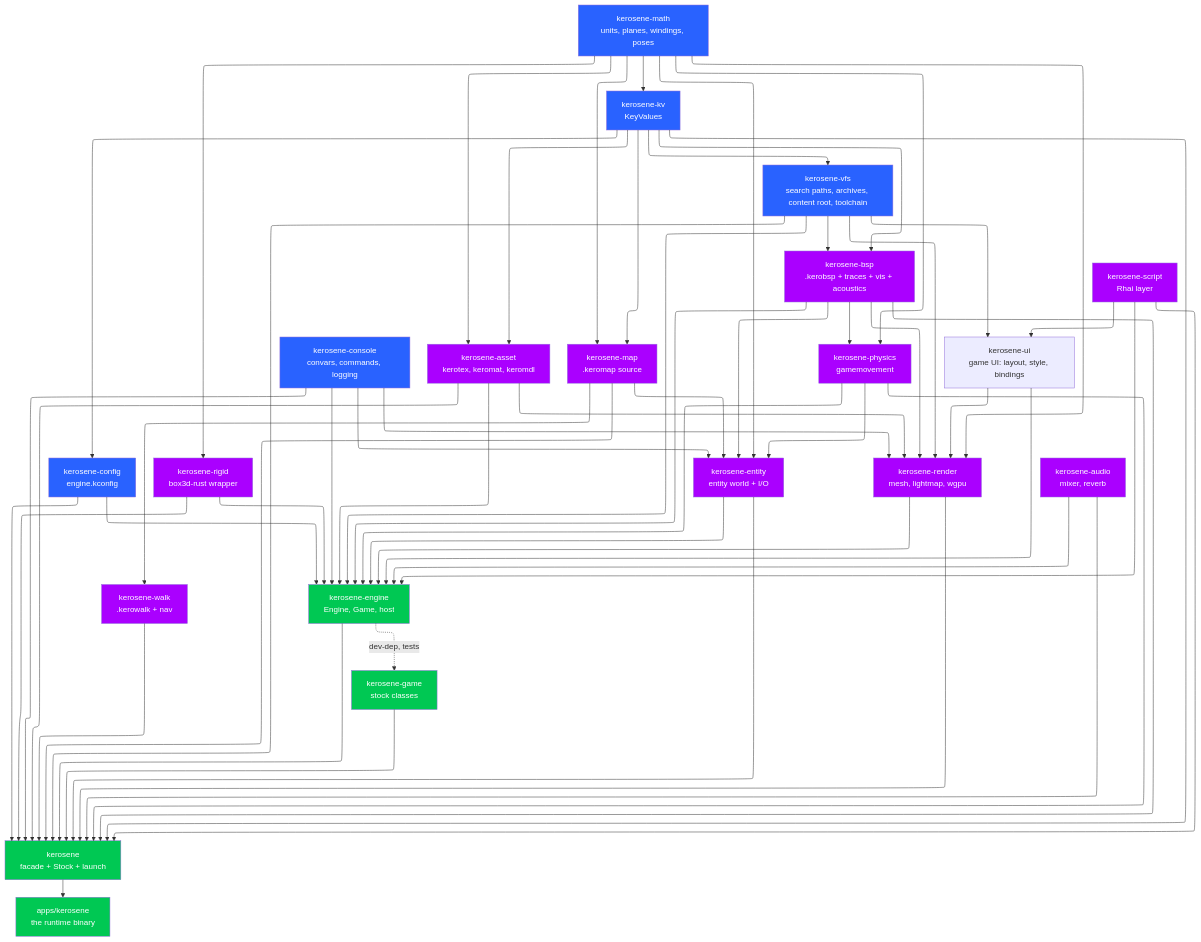
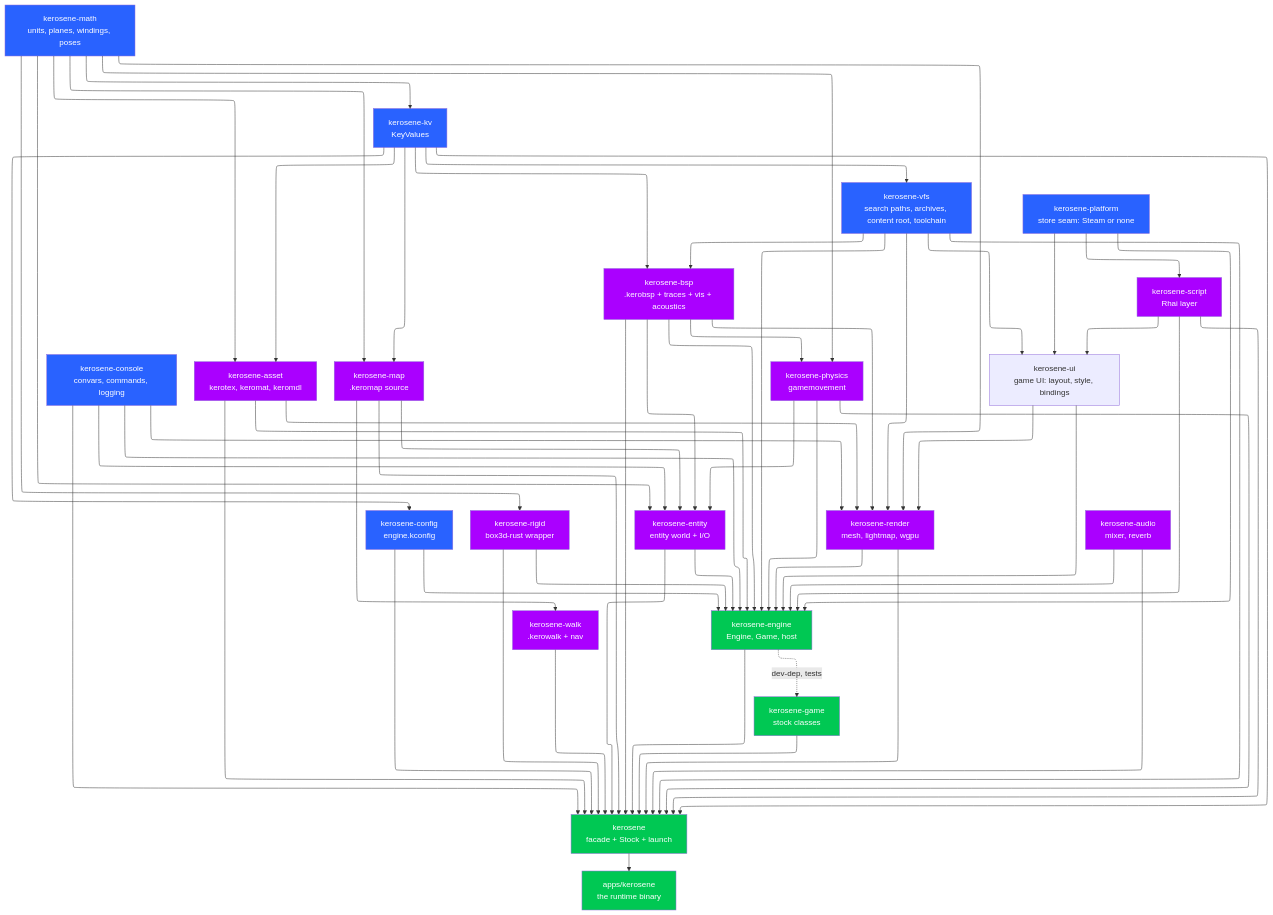
One commit to T342guy/Kerosene changed the first of 3 diagrams in src/devnotes/crate-map.md. Above: the diagram before and after it, drawn with Mermaid. The commit also changed other lines of this file and 65 other files, not shown here.

````diff
--- a/src/devnotes/crate-map.md
+++ b/src/devnotes/crate-map.md
@@ -30,6 +30,7 @@
     audio["kerosene-audio<br/>mixer, reverb"]
     script["kerosene-script<br/>Rhai layer"]
     ui["kerosene-ui<br/>game UI: layout, style, bindings"]
+    platform["kerosene-platform<br/>store seam: Steam or none"]
     facade["kerosene<br/>facade + Stock + launch"]
     runtime["apps/kerosene<br/>the runtime binary"]
 
@@ -68,6 +69,9 @@
     audio --> engine
     script --> engine
     script --> ui
+    platform --> script
+    platform --> ui
+    platform --> engine
     vfs --> ui
     ui --> render
     ui --> engine
@@ -94,6 +98,7 @@
     classDef mid fill:#AA00FF,color:#fff
     classDef runtimeC fill:#00C853,color:#fff
     class math,kv,console,config,vfs base
+    class platform base
     class asset,map,bsp,walk,physics,rigid,entity,render,audio,script mid
     class engine,game,facade,runtime runtimeC
 ```
````
